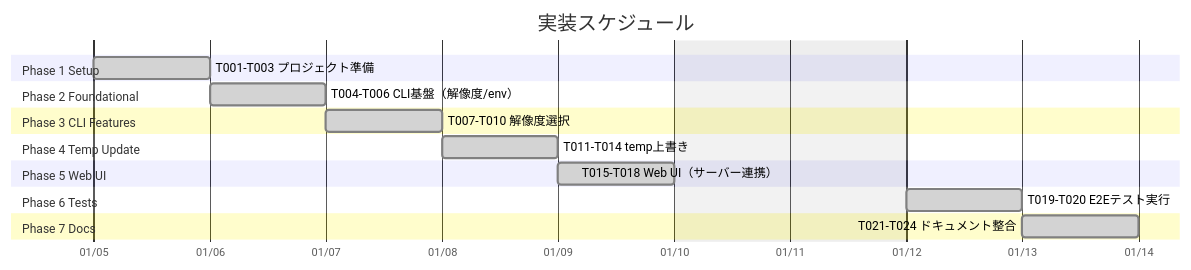
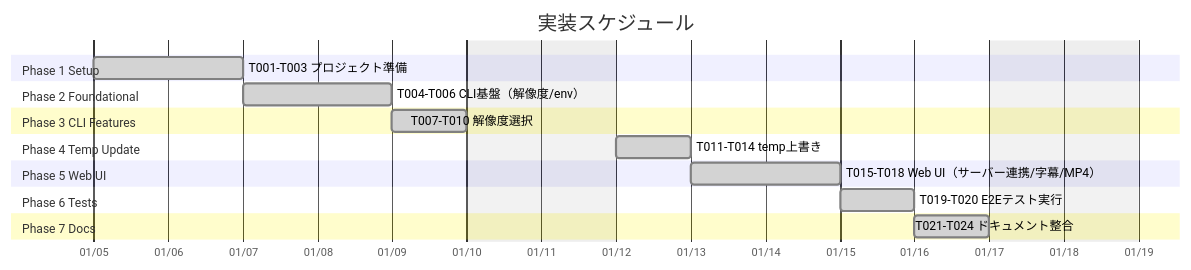
One commit to J1921604/Slide-MyVoice-Maker changed the first of 2 diagrams in specs/001-Slide-Voice-Maker/tasks.md. Above: the diagram before and after it, drawn with Mermaid. The commit also changed 11 other files, not shown here.

````diff
--- a/specs/001-Slide-Voice-Maker/tasks.md
+++ b/specs/001-Slide-Voice-Maker/tasks.md
@@ -18,28 +18,28 @@
 ```mermaid
 gantt
     title 実装スケジュール
     dateFormat YYYY-MM-DD
     axisFormat %m/%d
-    excludes weekends, 2025-12-27, 2025-12-28, 2025-12-29, 2025-12-30, 2025-12-31, 2026-01-01, 2026-01-02, 2026-01-03, 2026-01-04
+    excludes weekends,2025-12-27,2025-12-28,2025-12-29,2025-12-30,2025-12-31,2026-01-01,2026-01-02,2026-01-03,2026-01-04
 
     section Phase 1 Setup
-    T001-T003 プロジェクト準備                :done, p1, 2026-01-05, 1d
+    T001-T003 プロジェクト準備                :done, p1, 2026-01-05, 2d
 
     section Phase 2 Foundational
-    T004-T006 CLI基盤（解像度/env）            :done, p2, after p1, 1d
+    T004-T006 CLI基盤（解像度/env）            :done, p2, after p1, 2d
 
     section Phase 3 CLI Features
     T007-T010 解像度選択                       :done, p3, after p2, 1d
 
     section Phase 4 Temp Update
     T011-T014 temp上書き                       :done, p4, after p3, 1d
 
     section Phase 5 Web UI
-    T015-T018 Web UI（サーバー連携）            :done, p5, after p4, 1d
+    T015-T018 Web UI（サーバー連携/字幕/MP4）   :done, p5, after p4, 2d
 
     section Phase 6 Tests
     T019-T020 E2Eテスト実行                    :done, p6, after p5, 1d
 
     section Phase 7 Docs
     T021-T024 ドキュメント整合                  :done, p7, after p6, 1d
 ```
````
